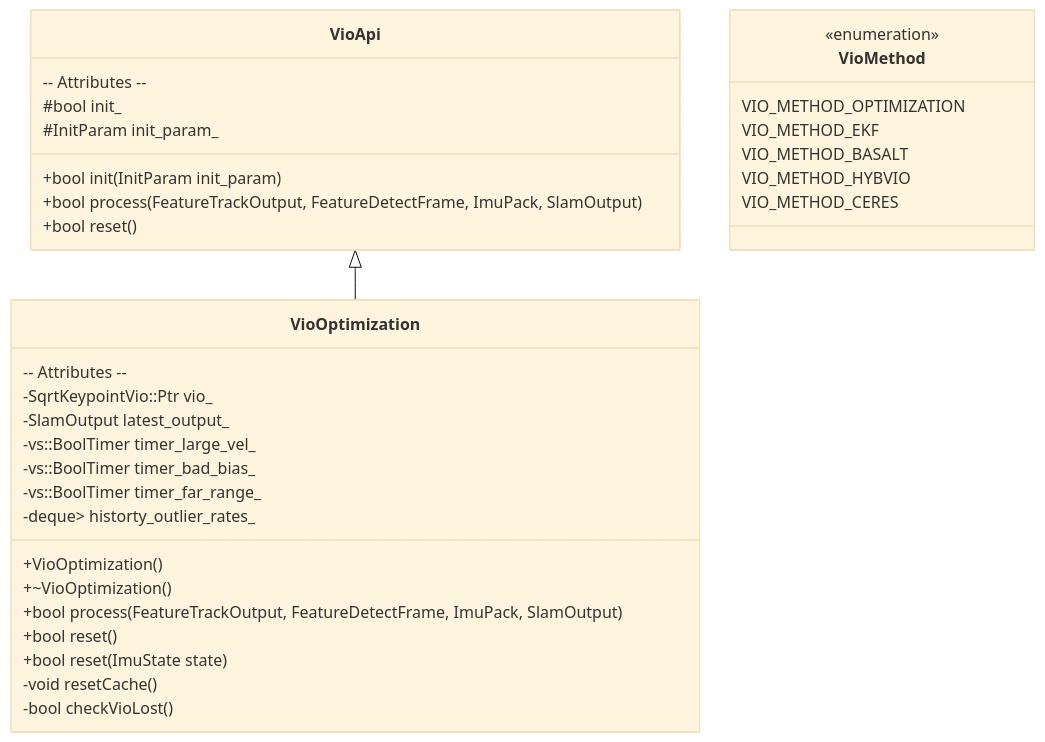
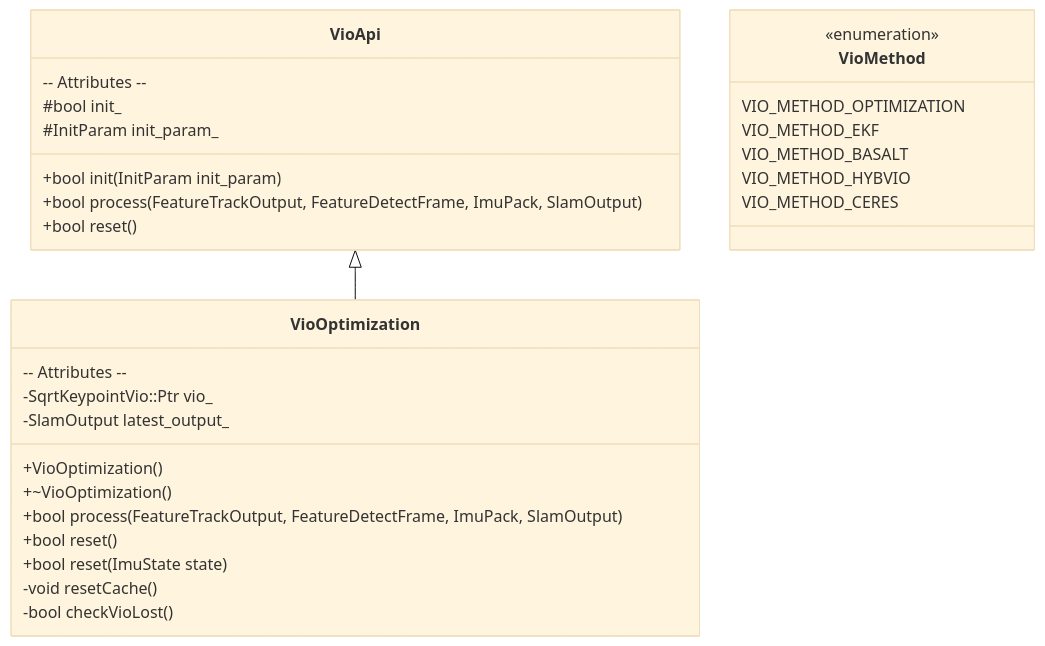
Before and after one commit to huzixuan1/iodraw-files: the diagram in all/未命名-2.md, drawn with Mermaid (base theme).

Commit message:
2025-04-16 20:46:30 update

````diff
--- a/all/未命名-2.md
+++ b/all/未命名-2.md
@@ -1,43 +1,39 @@
 ```mermaid
 classDiagram
 %% 命名空间 xr
 
 class VioApi {
   +bool init(InitParam init_param)
   +bool process(FeatureTrackOutput, FeatureDetectFrame, ImuPack, SlamOutput)
   +bool reset()
   -- Attributes --
   #bool init_
   #InitParam init_param_
 }
 
 class VioOptimization {
   +VioOptimization()
   +~VioOptimization()
   +bool process(FeatureTrackOutput, FeatureDetectFrame, ImuPack, SlamOutput)
   +bool reset()
   +bool reset(ImuState state)
-
   -- Attributes --
   -SqrtKeypointVio::Ptr vio_
   -SlamOutput latest_output_
-  -vs::BoolTimer timer_large_vel_
-  -vs::BoolTimer timer_bad_bias_
-  -vs::BoolTimer timer_far_range_
-  -deque<pair<Tsec, float>> historty_outlier_rates_
+
   -void resetCache()
   -bool checkVioLost()
 }
 
 class VioMethod {
   <<enumeration>>
   VIO_METHOD_OPTIMIZATION
   VIO_METHOD_EKF
   VIO_METHOD_BASALT
   VIO_METHOD_HYBVIO
   VIO_METHOD_CERES
 }
 
 VioApi <|-- VioOptimization
 
 ```
````
